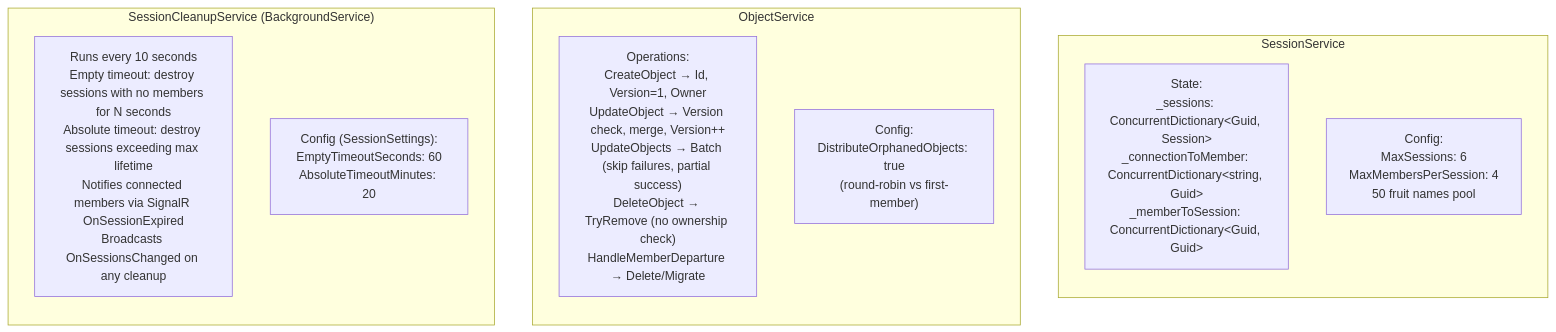
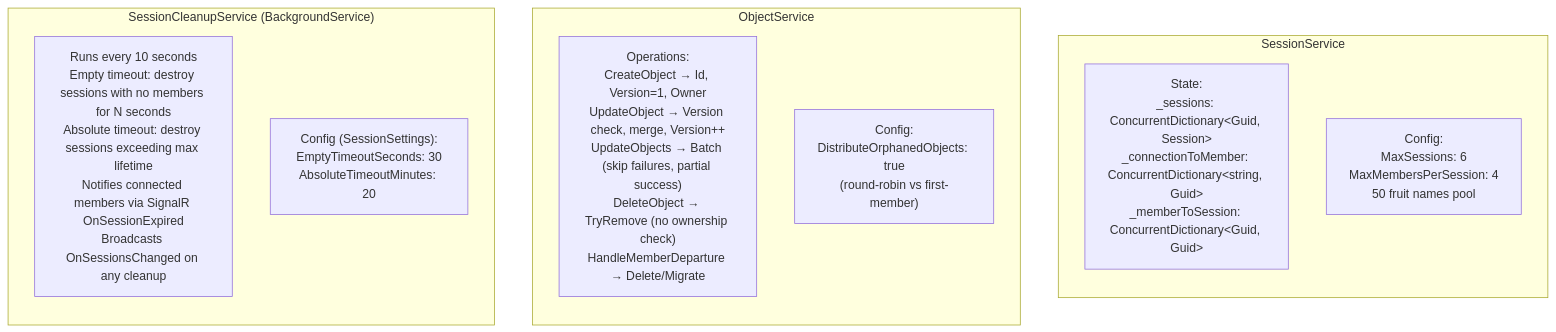
Before and after one commit to badvoidstar/asteroids: the third of 32 diagrams in ARCHITECTURE.md, drawn with Mermaid. The commit also changed other lines of this file and 3 other files, not shown here.

````diff
--- a/ARCHITECTURE.md
+++ b/ARCHITECTURE.md
@@ -85,20 +85,20 @@
 ```mermaid
 graph TB
     subgraph "SessionService"
         direction TB
         SS_DICT["State:<br/>_sessions: ConcurrentDictionary&lt;Guid, Session&gt;<br/>_connectionToMember: ConcurrentDictionary&lt;string, Guid&gt;<br/>_memberToSession: ConcurrentDictionary&lt;Guid, Guid&gt;"]
         SS_CFG["Config:<br/>MaxSessions: 6<br/>MaxMembersPerSession: 4<br/>50 fruit names pool"]
     end
 
     subgraph "ObjectService"
         direction TB
         OS_OPS["Operations:<br/>CreateObject → Id, Version=1, Owner<br/>UpdateObject → Version check, merge, Version++<br/>UpdateObjects → Batch (skip failures, partial success)<br/>DeleteObject → TryRemove (no ownership check)<br/>HandleMemberDeparture → Delete/Migrate"]
         OS_CFG["Config:<br/>DistributeOrphanedObjects: true<br/>(round-robin vs first-member)"]
     end
 
     subgraph "SessionCleanupService (BackgroundService)"
         direction TB
         SCS_OPS["Runs every 10 seconds<br/>Empty timeout: destroy sessions with no members for N seconds<br/>Absolute timeout: destroy sessions exceeding max lifetime<br/>Notifies connected members via SignalR OnSessionExpired<br/>Broadcasts OnSessionsChanged on any cleanup"]
-        SCS_CFG["Config (SessionSettings):<br/>EmptyTimeoutSeconds: 60<br/>AbsoluteTimeoutMinutes: 20"]
+        SCS_CFG["Config (SessionSettings):<br/>EmptyTimeoutSeconds: 30<br/>AbsoluteTimeoutMinutes: 20"]
     end
 ```
````
